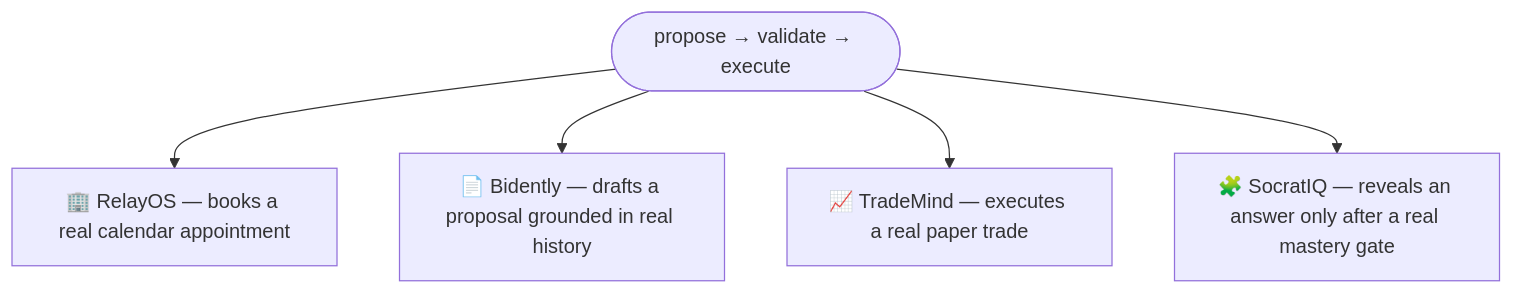
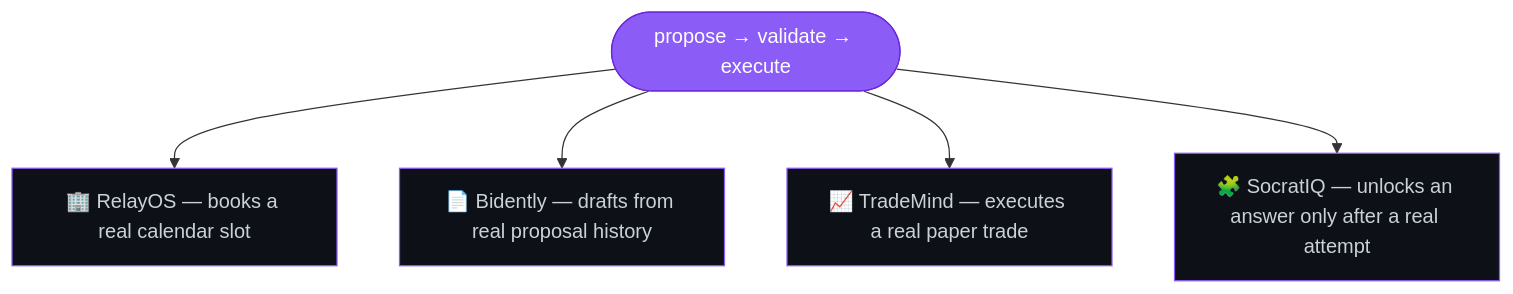
The second of 3 diagrams in README.md (MuhammadBilal561/MuhammadBilal561), drawn with Mermaid before and after one commit. The commit also changed other lines of this file, not shown here.

````diff
--- a/README.md
+++ b/README.md
@@ -29,8 +34,11 @@
 ```mermaid
 flowchart TD
-    P(["propose → validate → execute"])
-    P --> R["🏢 RelayOS — books a real calendar appointment"]
-    P --> Bi["📄 Bidently — drafts a proposal grounded in real history"]
-    P --> T["📈 TradeMind — executes a real paper trade"]
-    P --> S["🧩 SocratIQ — reveals an answer only after a real mastery gate"]
+    P(["propose → validate → execute"]):::core
+    P --> R["🏢 RelayOS — books a real calendar slot"]:::proof
+    P --> Bi["📄 Bidently — drafts from real proposal history"]:::proof
+    P --> T["📈 TradeMind — executes a real paper trade"]:::proof
+    P --> S["🧩 SocratIQ — unlocks an answer only after a real attempt"]:::proof
+
+    classDef core fill:#8B5CF6,stroke:#6D28D9,color:#fff
+    classDef proof fill:#0D1117,stroke:#8B5CF6,color:#C9D1D9
 ```
````
